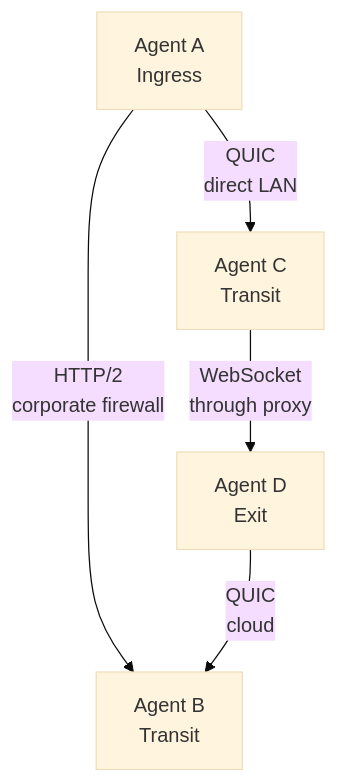
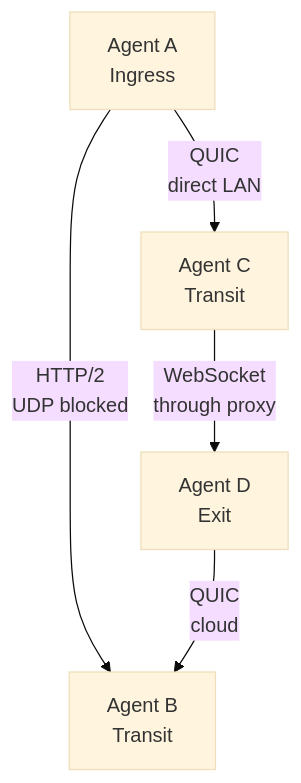
Before and after one commit to Muti-Metroo/Muti-Metroo: the fourth of 4 diagrams in docs/docs/concepts/transports.md, drawn with Mermaid (base theme). The commit also changed other lines of this file and 156 other files, not shown here.

````diff
--- a/docs/docs/concepts/transports.md
+++ b/docs/docs/concepts/transports.md
@@ -156,7 +94,7 @@
 ```mermaid
 flowchart TB
     A[Agent A<br/>Ingress] -->|QUIC<br/>direct LAN| C[Agent C<br/>Transit]
-    A -->|HTTP/2<br/>corporate firewall| B[Agent B<br/>Transit]
+    A -->|HTTP/2<br/>UDP blocked| B[Agent B<br/>Transit]
     C -->|WebSocket<br/>through proxy| D[Agent D<br/>Exit]
     D -->|QUIC<br/>cloud| B
 ```
````
